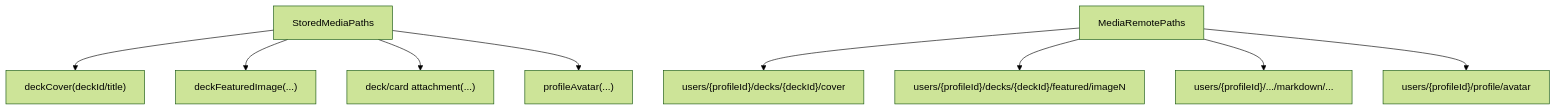
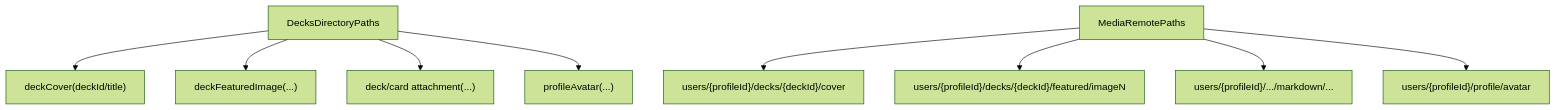
Before and after one commit to GuyWithBag/boo_mondai: diagram 12 of 18 in documentation/refactor/stored_media_sync_refactor_graphs.md, drawn with Mermaid (forest theme). The commit also changed other lines of this file and 11 other files, not shown here.

````diff
--- a/documentation/refactor/stored_media_sync_refactor_graphs.md
+++ b/documentation/refactor/stored_media_sync_refactor_graphs.md
@@ -286,15 +286,15 @@
 ```mermaid
 flowchart TD
-    StoredMediaPaths["StoredMediaPaths"]
+    DecksDirectoryPaths["DecksDirectoryPaths"]
     MediaRemotePaths["MediaRemotePaths"]
 
-    StoredMediaPaths --> LocalDeckCover["deckCover(deckId/title)"]
-    StoredMediaPaths --> LocalFeatured["deckFeaturedImage(...)"]
-    StoredMediaPaths --> LocalAttachment["deck/card attachment(...)"]
-    StoredMediaPaths --> LocalAvatar["profileAvatar(...)"]
+    DecksDirectoryPaths --> LocalDeckCover["deckCover(deckId/title)"]
+    DecksDirectoryPaths --> LocalFeatured["deckFeaturedImage(...)"]
+    DecksDirectoryPaths --> LocalAttachment["deck/card attachment(...)"]
+    DecksDirectoryPaths --> LocalAvatar["profileAvatar(...)"]
 
     MediaRemotePaths --> RemoteDeckCover["users/{profileId}/decks/{deckId}/cover"]
     MediaRemotePaths --> RemoteFeatured["users/{profileId}/decks/{deckId}/featured/imageN"]
     MediaRemotePaths --> RemoteMarkdown["users/{profileId}/.../markdown/..."]
     MediaRemotePaths --> RemoteAvatar["users/{profileId}/profile/avatar"]
 ```
````
